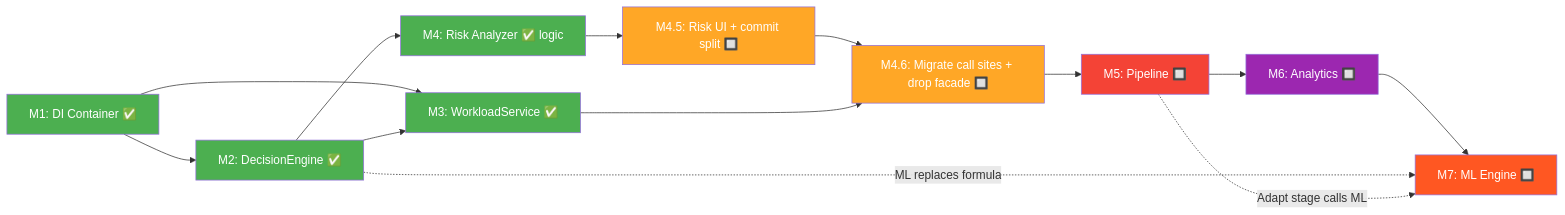
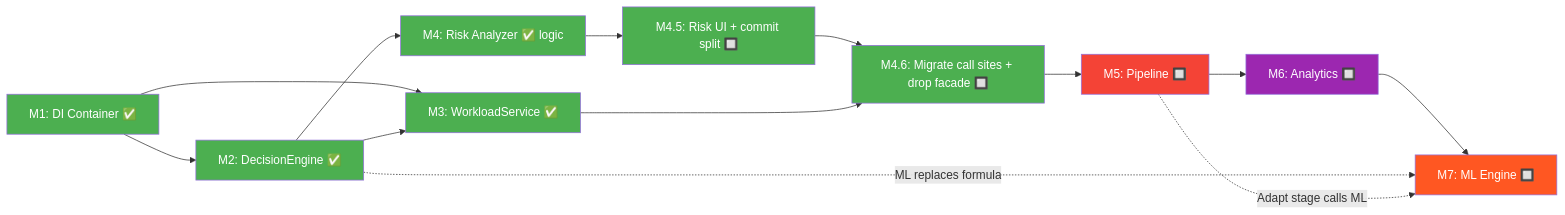
One commit to PotatoMine725/Smart-Study changed the second of 2 diagrams in docs/implementation_plan.md. Above: the diagram before and after it, drawn with Mermaid. The commit also changed other lines of this file, not shown here.

````diff
--- a/docs/implementation_plan.md
+++ b/docs/implementation_plan.md
@@ -642,25 +642,25 @@
 ```mermaid
 graph LR
     M1[M1: DI Container ✅] --> M2[M2: DecisionEngine ✅]
     M1 --> M3[M3: WorkloadService ✅]
     M2 --> M3
     M2 --> M4[M4: Risk Analyzer ✅ logic]
     M4 --> M45[M4.5: Risk UI + commit split 🔲]
     M45 --> M46[M4.6: Migrate call sites + drop facade 🔲]
     M3 --> M46
     M46 --> M5[M5: Pipeline 🔲]
     M5 --> M6[M6: Analytics 🔲]
     M6 --> M7[M7: ML Engine 🔲]
     M2 -.->|"ML replaces formula"| M7
     M5 -.->|"Adapt stage calls ML"| M7
 
     style M1 fill:#4CAF50,color:white
     style M2 fill:#4CAF50,color:white
     style M3 fill:#4CAF50,color:white
     style M4 fill:#4CAF50,color:white
-    style M45 fill:#FFA726,color:white
-    style M46 fill:#FFA726,color:white
+    style M45 fill:#4CAF50,color:white
+    style M46 fill:#4CAF50,color:white
     style M5 fill:#F44336,color:white
     style M6 fill:#9C27B0,color:white
     style M7 fill:#FF5722,color:white
 ```
````
